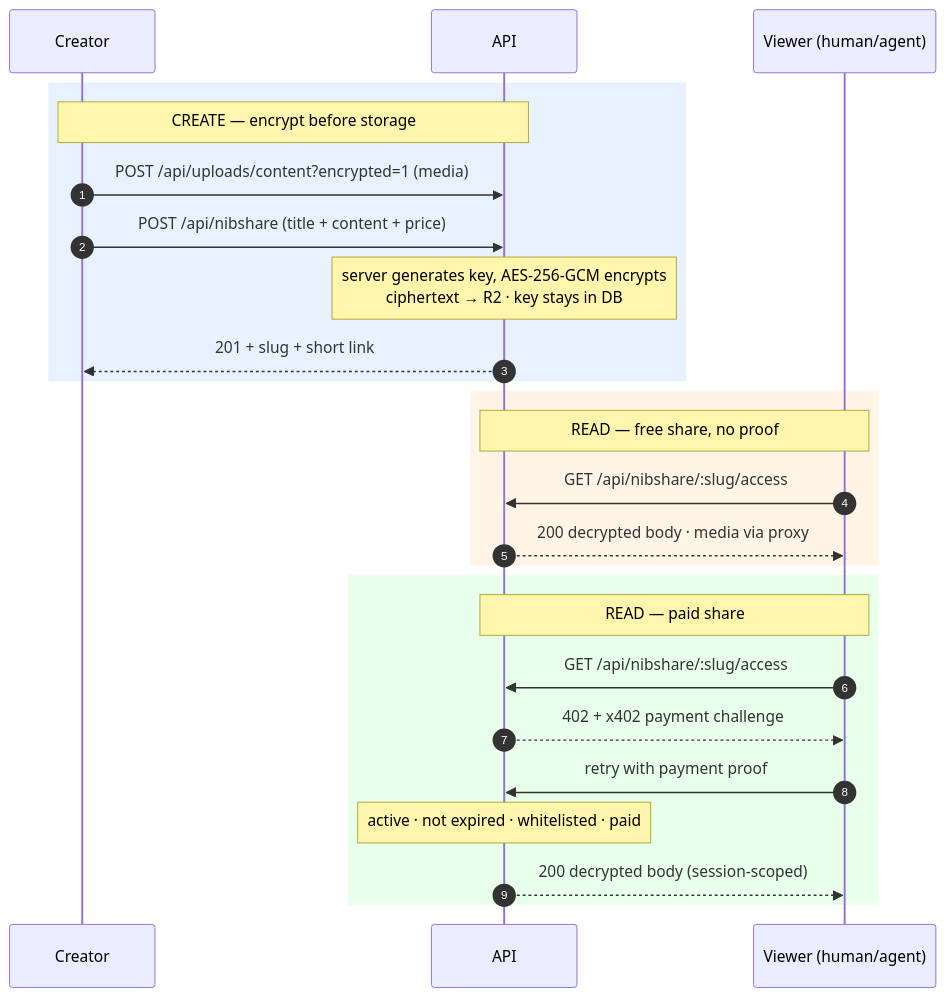
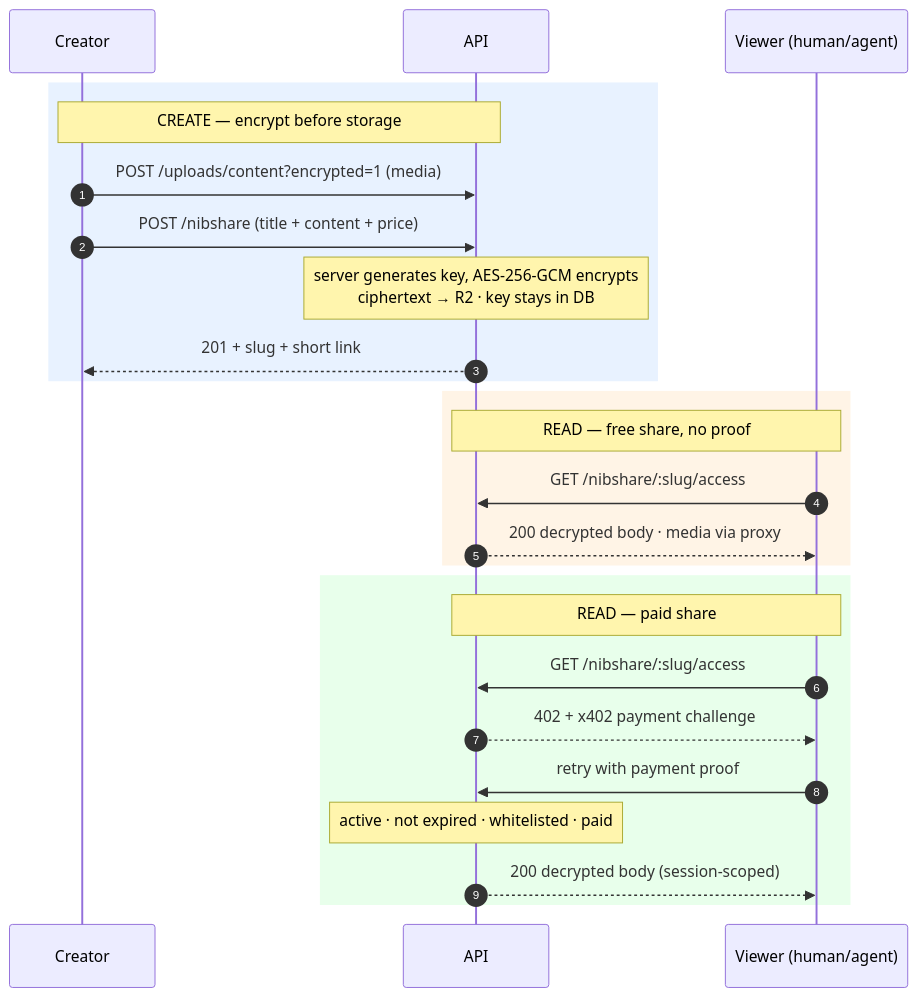
The first of 6 diagrams in docs/src/app/nibshare/page.mdx (fortunesayspump/nibgate), drawn with Mermaid before and after one commit. The commit also changed other lines of this file and 55 other files, not shown here.

````diff
--- a/docs/src/app/nibshare/page.mdx
+++ b/docs/src/app/nibshare/page.mdx
@@ -26,30 +26,30 @@
 ```mermaid
 sequenceDiagram
     autonumber
     participant C as Creator
     participant A as API
     participant V as Viewer (human/agent)
 
     rect rgb(232, 242, 255)
     Note over C,A: CREATE — encrypt before storage
-    C->>A: POST /api/uploads/content?encrypted=1 (media)
-    C->>A: POST /api/nibshare (title + content + price)
+    C->>A: POST /uploads/content?encrypted=1 (media)
+    C->>A: POST /nibshare (title + content + price)
     Note over A: server generates key, AES-256-GCM encrypts<br/>ciphertext → R2 · key stays in DB
     A-->>C: 201 + slug + short link
     end
 
     rect rgb(255, 244, 230)
     Note over V,A: READ — free share, no proof
-    V->>A: GET /api/nibshare/:slug/access
+    V->>A: GET /nibshare/:slug/access
     A-->>V: 200 decrypted body · media via proxy
     end
 
     rect rgb(232, 255, 235)
     Note over V,A: READ — paid share
-    V->>A: GET /api/nibshare/:slug/access
+    V->>A: GET /nibshare/:slug/access
     A-->>V: 402 + x402 payment challenge
     V->>A: retry with payment proof
     Note over A: active · not expired · whitelisted · paid
     A-->>V: 200 decrypted body (session-scoped)
     end
 ```
````
